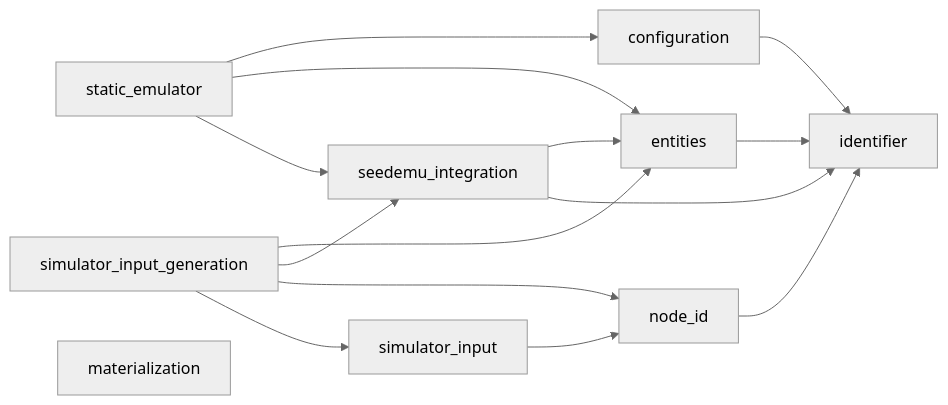
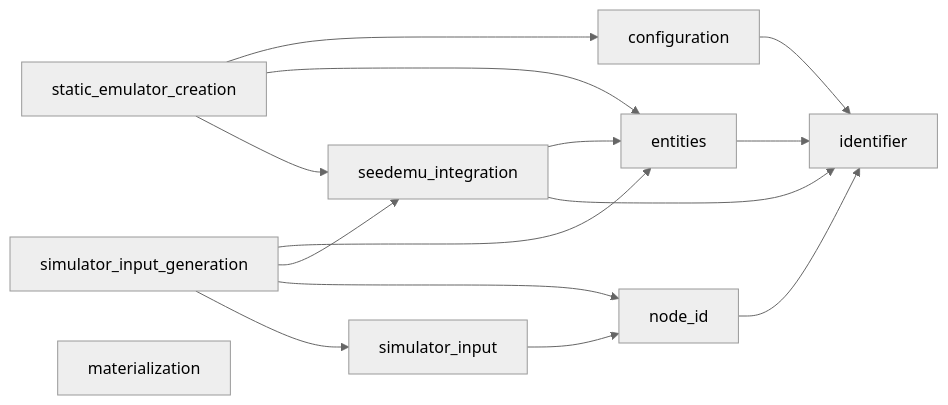
Before and after one commit to seed-labs/skyseed: the first of 7 diagrams in skyseed_v2/docs/architecture/diagrams.md, drawn with Mermaid (neutral theme). The commit also changed 15 other files, not shown here.

Commit message:
Clarify static emulator creation module

````diff
--- a/skyseed_v2/docs/architecture/diagrams.md
+++ b/skyseed_v2/docs/architecture/diagrams.md
@@ -8,26 +8,26 @@
 ```mermaid
 flowchart LR
     ENT[entities]
     SEED[seedemu_integration]
     INPUT[simulator_input]
     CONFIG[configuration]
-    CREATE[static_emulator]
+    CREATE[static_emulator_creation]
     GENERATE[simulator_input_generation]
     MAT[materialization]
     NODEID[node_id]
     ID[identifier]
 
     SEED --> ENT
     ENT --> ID
     SEED --> ID
     NODEID --> ID
     INPUT --> NODEID
     CONFIG --> ID
     CREATE --> CONFIG
     CREATE --> ENT
     CREATE --> SEED
     GENERATE --> ENT
     GENERATE --> SEED
     GENERATE --> NODEID
     GENERATE --> INPUT
 ```
````
